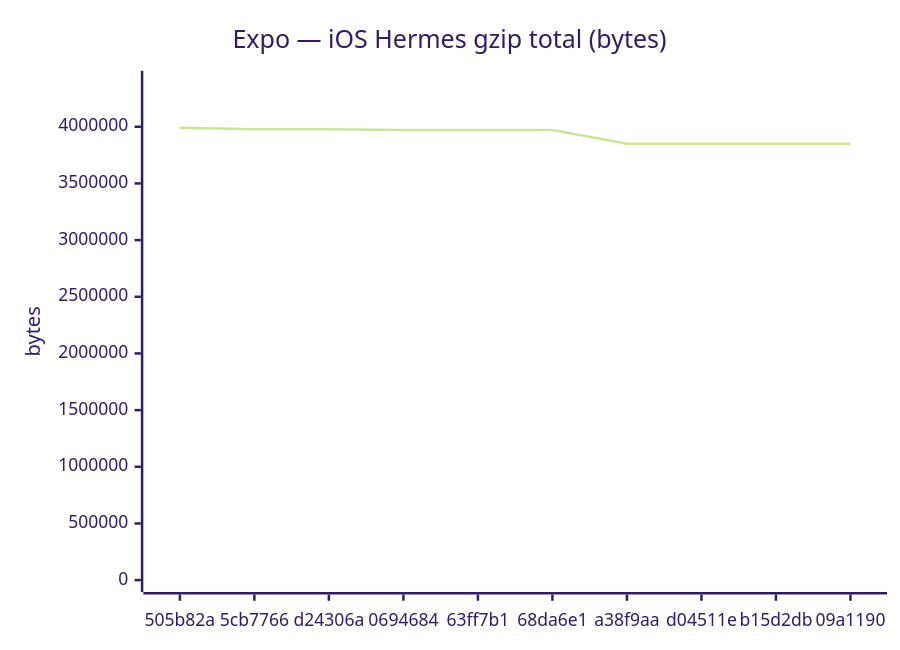
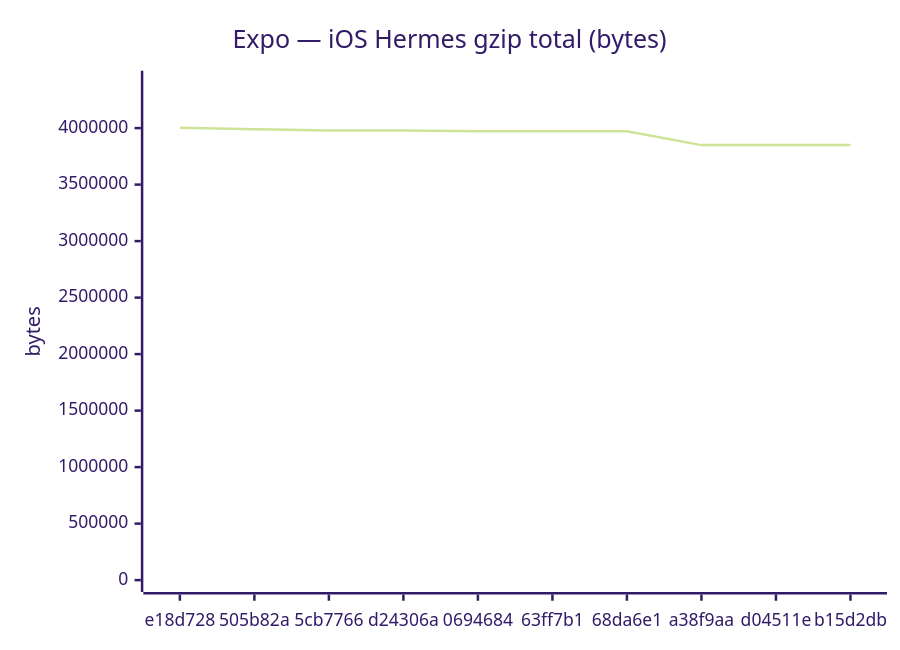
Before and after one commit to Metaheurist/Rianell: the sixth of 18 diagrams in benchmarks/compare.md, drawn with Mermaid (forest theme). The commit also changed other lines of this file and 11 other files, not shown here.

````diff
--- a/benchmarks/compare.md
+++ b/benchmarks/compare.md
@@ -96,7 +96,7 @@
 ```mermaid
 xychart-beta
     title "Expo — iOS Hermes gzip total (bytes)"
-    x-axis ["505b82a", "5cb7766", "d24306a", "0694684", "63ff7b1", "68da6e1", "a38f9aa", "d04511e", "b15d2db", "09a1190"]
-    y-axis "bytes" 0 --> 4389423
-    line [3990384, 3978033, 3978036, 3971946, 3971945, 3971946, 3849365, 3849367, 3849366, 3850104]
+    x-axis ["e18d728", "505b82a", "5cb7766", "d24306a", "0694684", "63ff7b1", "68da6e1", "a38f9aa", "d04511e", "b15d2db"]
+    y-axis "bytes" 0 --> 4402328
+    line [4002116, 3990384, 3978033, 3978036, 3971946, 3971945, 3971946, 3849365, 3849367, 3849366]
 ```
````
